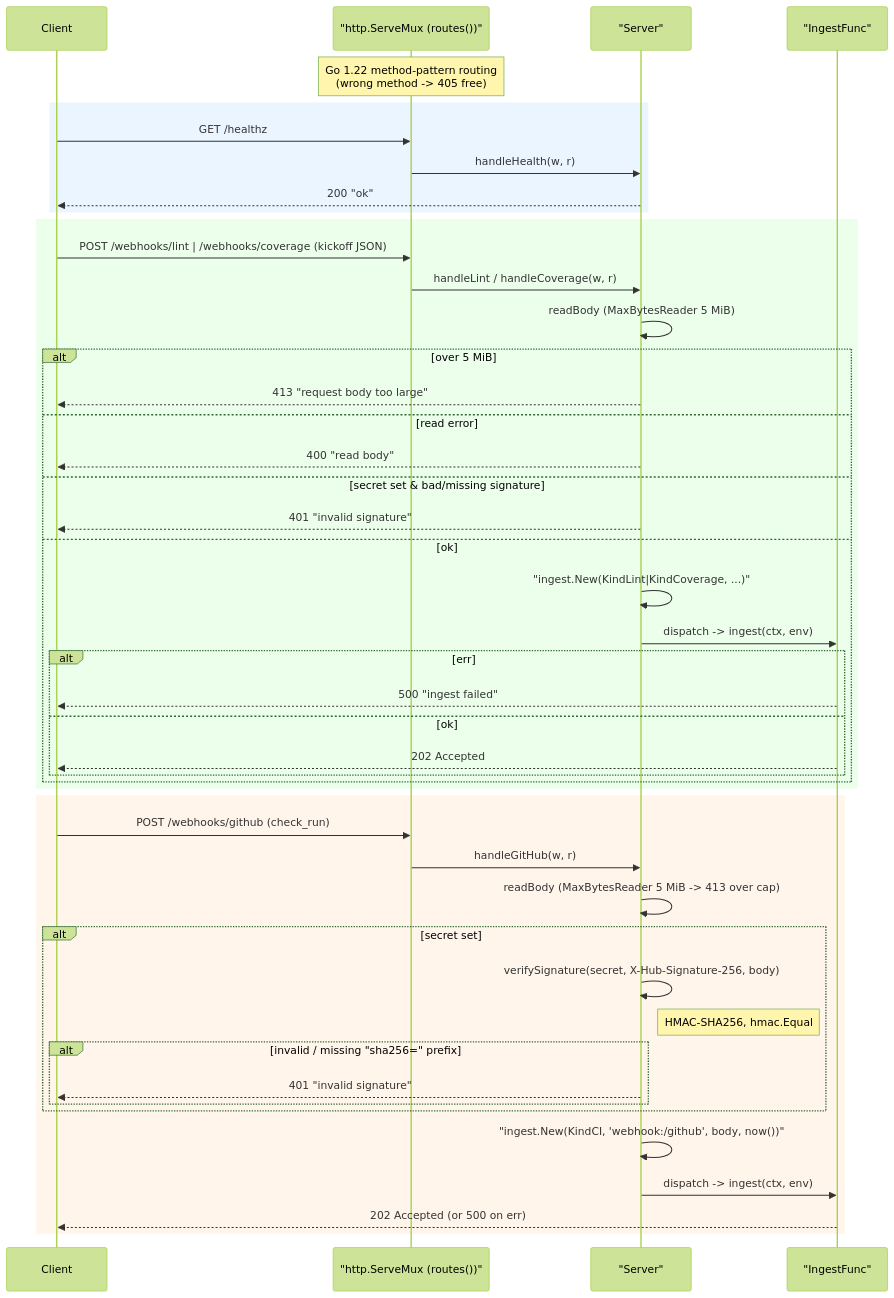
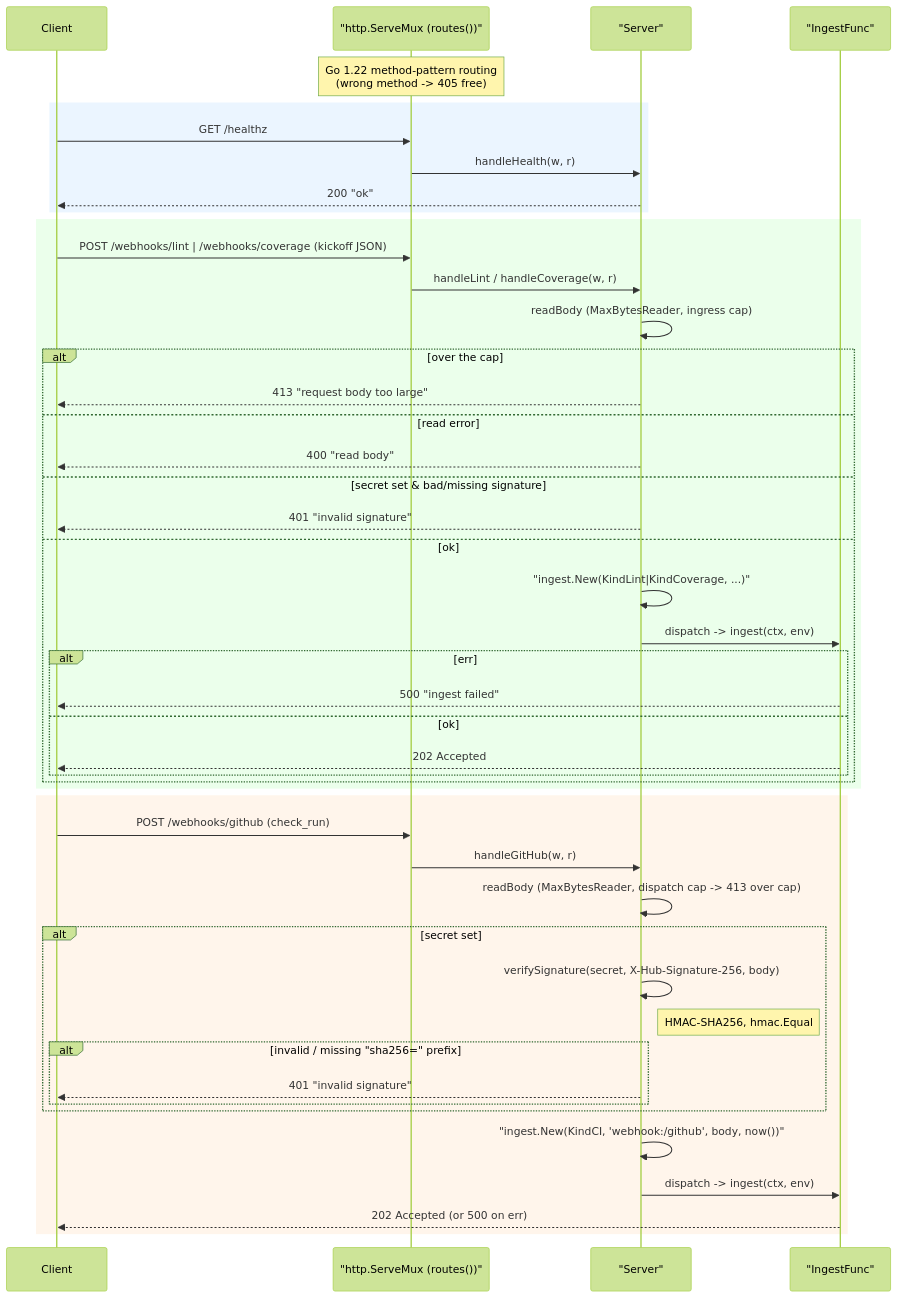
One commit to jkjamies/automation-agent changed the diagram in okf/modules/platform/webhook.md. Above: the diagram before and after it, drawn with Mermaid (forest theme). The commit also changed other lines of this file and 19 other files, not shown here.

````diff
--- a/okf/modules/platform/webhook.md
+++ b/okf/modules/platform/webhook.md
@@ -25,52 +25,52 @@
 ```mermaid
 sequenceDiagram
     participant Client
     participant Mux as "http.ServeMux (routes())"
     participant Srv as "Server"
     participant Ingest as "IngestFunc"
 
     Note over Mux: Go 1.22 method-pattern routing<br/>(wrong method -> 405 free)
 
     rect rgb(235,245,255)
     Client->>Mux: GET /healthz
     Mux->>Srv: handleHealth(w, r)
     Srv-->>Client: 200 "ok"
     end
 
     rect rgb(235,255,235)
     Client->>Mux: POST /webhooks/lint | /webhooks/coverage (kickoff JSON)
     Mux->>Srv: handleLint / handleCoverage(w, r)
-    Srv->>Srv: readBody (MaxBytesReader 5 MiB)
-    alt over 5 MiB
+    Srv->>Srv: readBody (MaxBytesReader, ingress cap)
+    alt over the cap
         Srv-->>Client: 413 "request body too large"
     else read error
         Srv-->>Client: 400 "read body"
     else secret set & bad/missing signature
         Srv-->>Client: 401 "invalid signature"
     else ok
         Srv->>Srv: "ingest.New(KindLint|KindCoverage, ...)"
         Srv->>Ingest: dispatch -> ingest(ctx, env)
         alt err
             Ingest-->>Client: 500 "ingest failed"
         else ok
             Ingest-->>Client: 202 Accepted
         end
     end
     end
 
     rect rgb(255,245,235)
     Client->>Mux: POST /webhooks/github (check_run)
     Mux->>Srv: handleGitHub(w, r)
-    Srv->>Srv: readBody (MaxBytesReader 5 MiB -> 413 over cap)
+    Srv->>Srv: readBody (MaxBytesReader, dispatch cap -> 413 over cap)
     alt secret set
         Srv->>Srv: verifySignature(secret, X-Hub-Signature-256, body)
         Note right of Srv: HMAC-SHA256, hmac.Equal
         alt invalid / missing "sha256=" prefix
             Srv-->>Client: 401 "invalid signature"
         end
     end
     Srv->>Srv: "ingest.New(KindCI, 'webhook:/github', body, now())"
     Srv->>Ingest: dispatch -> ingest(ctx, env)
     Ingest-->>Client: 202 Accepted (or 500 on err)
     end
 ```
````
